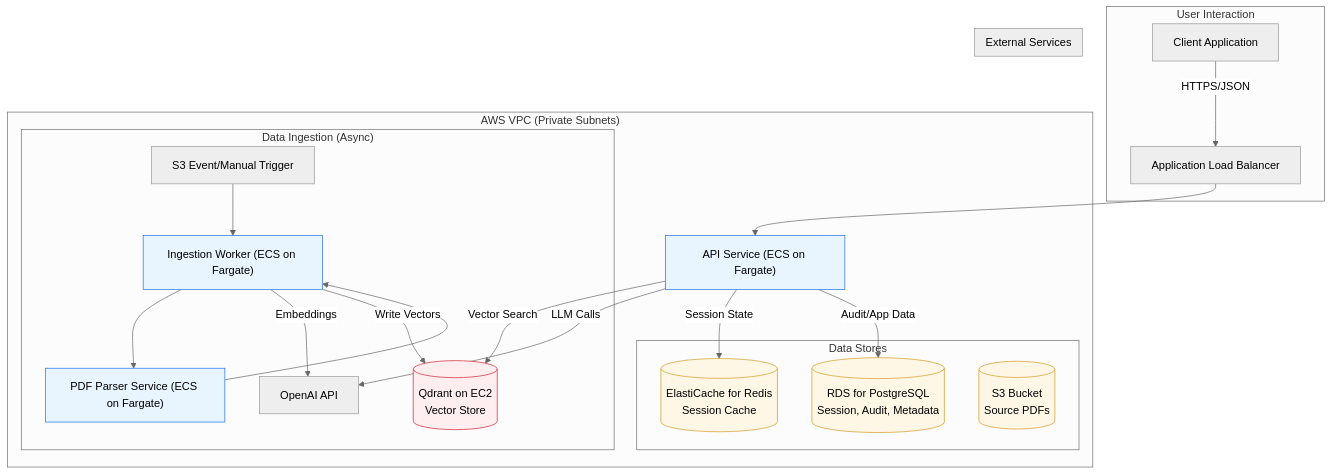
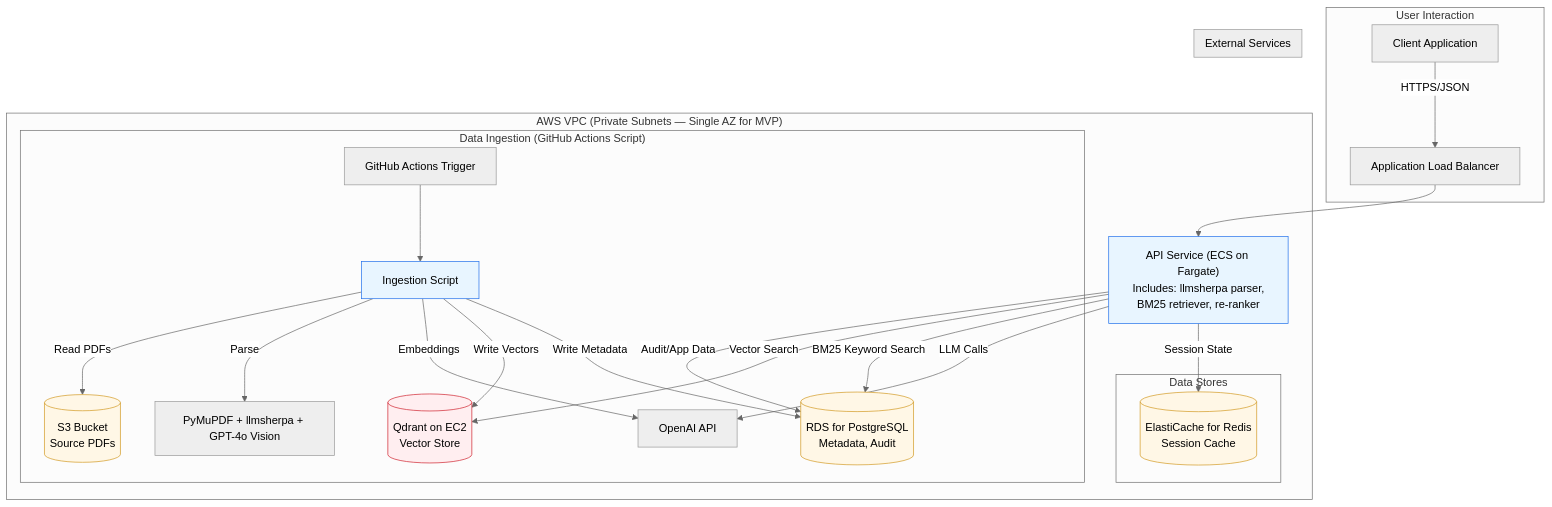
The diagram in apps/api/docs/research/plccs-mvp-devops.md (solution-tree/plc-copilot), drawn with Mermaid (neutral theme) before and after one commit. The commit also changed other lines of this file and 1 other file, not shown here.

Commit message:
docs: update architecture documentation for PLC Coach MVP, clarifying hybrid approach and component interactions

````diff
--- a/apps/api/docs/research/plccs-mvp-devops.md
+++ b/apps/api/docs/research/plccs-mvp-devops.md
@@ -36,42 +36,43 @@
 ```mermaid
 flowchart TB
   subgraph "User Interaction"
     U[Client Application] -->|HTTPS/JSON| ALB[Application Load Balancer]
   end
 
-  subgraph "AWS VPC (Private Subnets)"
-    ALB --> API_SERVICE["API Service (ECS on Fargate)"]
+  subgraph "AWS VPC (Private Subnets — Single AZ for MVP)"
+    ALB --> API_SERVICE["API Service (ECS on Fargate)<br/>Includes: llmsherpa parser,<br/>BM25 retriever, re-ranker"]
 
-    subgraph "Data Ingestion (Async)"
-      INGEST_TRIGGER[S3 Event/Manual Trigger] --> INGEST_WORKER["Ingestion Worker (ECS on Fargate)"]
-      INGEST_WORKER --> PARSER["PDF Parser Service (ECS on Fargate)"]
-      PARSER --> INGEST_WORKER
-      INGEST_WORKER -->|Embeddings| OPENAI_API["OpenAI API"]
-      INGEST_WORKER -->|Write Vectors| QDRANT[Qdrant on EC2]
+    subgraph "Data Ingestion (GitHub Actions Script)"
+      INGEST_TRIGGER[GitHub Actions Trigger] --> INGEST_SCRIPT["Ingestion Script"]
+      INGEST_SCRIPT -->|Read PDFs| S3
+      INGEST_SCRIPT -->|Parse| PARSER["PyMuPDF + llmsherpa + GPT-4o Vision"]
+      INGEST_SCRIPT -->|Embeddings| OPENAI_API["OpenAI API"]
+      INGEST_SCRIPT -->|Write Vectors| QDRANT[Qdrant on EC2]
+      INGEST_SCRIPT -->|Write Metadata| DB[RDS for PostgreSQL]
     end
 
     API_SERVICE -->|Session State| CACHE[ElastiCache for Redis]
-    API_SERVICE -->|Audit/App Data| DB[RDS for PostgreSQL]
+    API_SERVICE -->|Audit/App Data| DB
     API_SERVICE -->|Vector Search| QDRANT
+    API_SERVICE -->|BM25 Keyword Search| DB
     API_SERVICE -->|LLM Calls| OPENAI_API
 
     subgraph "Data Stores"
       S3[(S3 Bucket<br/>Source PDFs)]
-      DB[(RDS for PostgreSQL<br/>Session, Audit, Metadata)]
+      DB[(RDS for PostgreSQL<br/>Metadata, Audit)]
       CACHE[(ElastiCache for Redis<br/>Session Cache)]
       QDRANT[(Qdrant on EC2<br/>Vector Store)]
     end
   end
 
   subgraph "External Services"
     OPENAI_API
   end
 
   style S3 fill:#fff7e6,stroke:#d29922
   style DB fill:#fff7e6,stroke:#d29922
   style CACHE fill:#fff7e6,stroke:#d29922
   style QDRANT fill:#ffeef0,stroke:#cf222e
   style API_SERVICE fill:#e8f5ff,stroke:#1f6feb
-  style INGEST_WORKER fill:#e8f5ff,stroke:#1f6feb
-  style PARSER fill:#e8f5ff,stroke:#1f6feb
+  style INGEST_SCRIPT fill:#e8f5ff,stroke:#1f6feb
 ```
````
